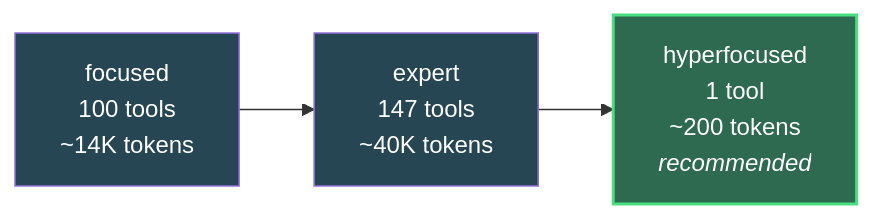
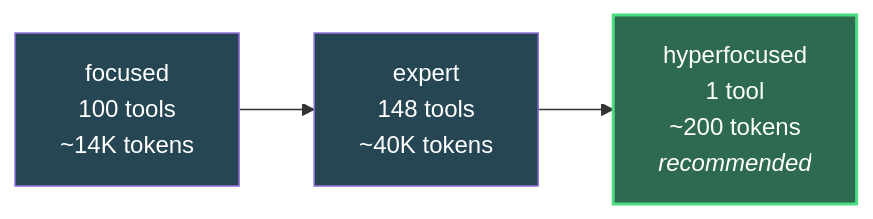
Before and after one commit to oisee/vibing-steampunk: the third of 3 diagrams in README.md, drawn with Mermaid. The commit also changed other lines of this file and 4 other files, not shown here.

````diff
--- a/README.md
+++ b/README.md
@@ -1484,8 +1484,8 @@
 ```mermaid
 graph LR
-    F["focused<br/>100 tools<br/>~14K tokens"] --> E["expert<br/>147 tools<br/>~40K tokens"]
+    F["focused<br/>100 tools<br/>~14K tokens"] --> E["expert<br/>148 tools<br/>~40K tokens"]
     E --> H["hyperfocused<br/>1 tool<br/>~200 tokens<br/><i>recommended</i>"]
     style H fill:#2d6a4f,color:#fff,stroke:#4ade80,stroke-width:2px
     style F fill:#264653,color:#fff
     style E fill:#264653,color:#fff
 ```
````
